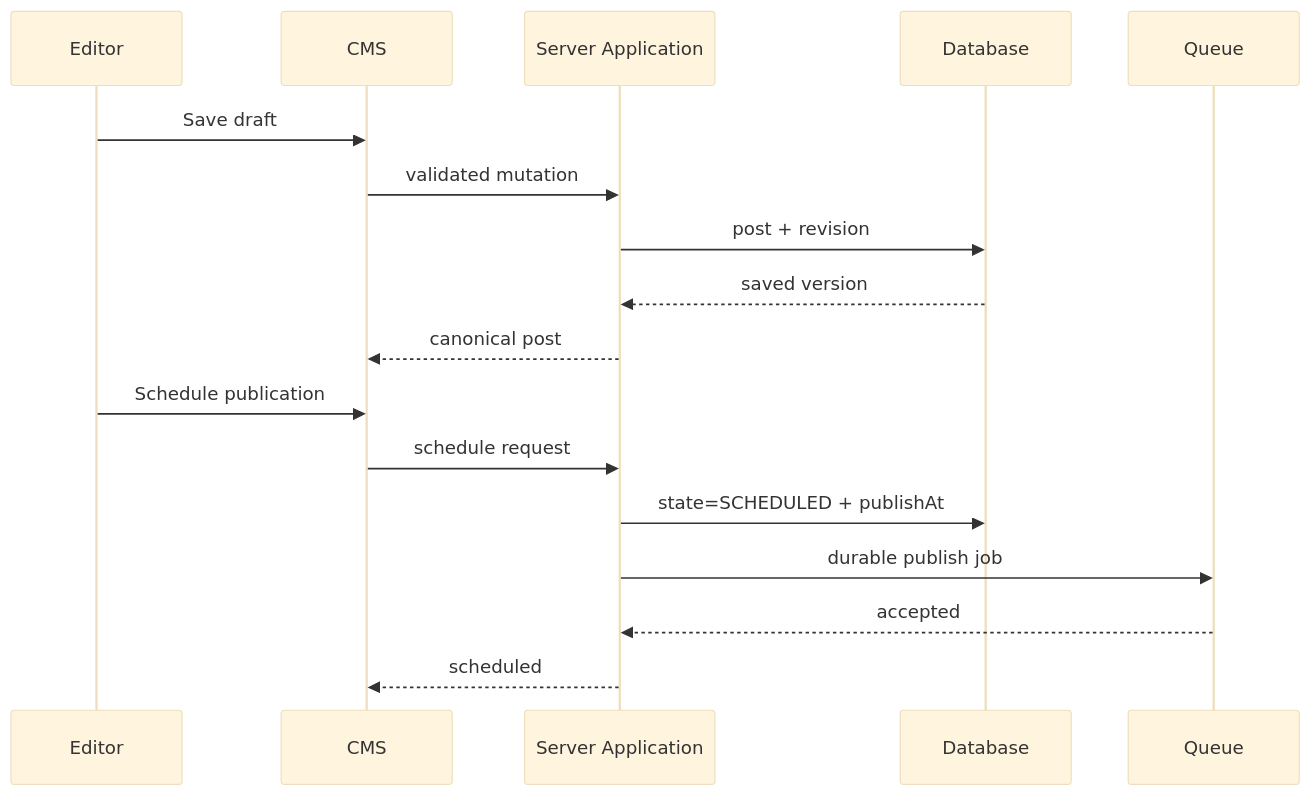
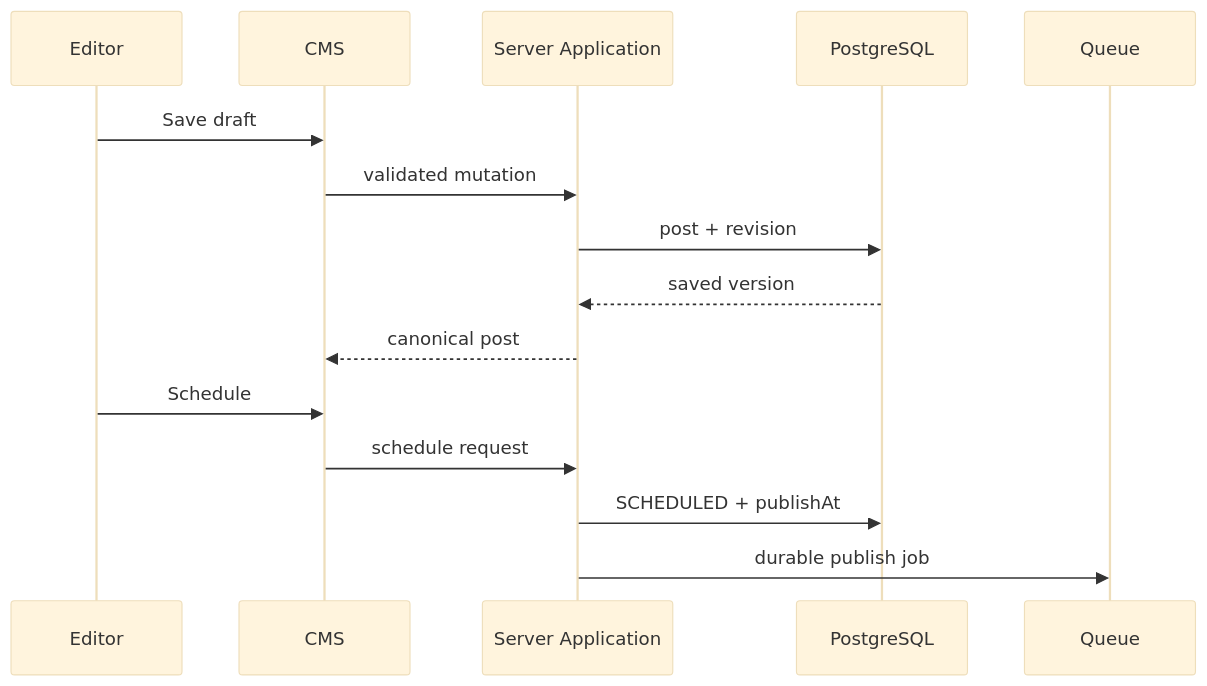
Before and after one commit to YounasKhan2/living-journal: the third of 5 diagrams in docs/ARCHITECTURE.md, drawn with Mermaid (base theme). The commit also changed other lines of this file, not shown here.

````diff
--- a/docs/ARCHITECTURE.md
+++ b/docs/ARCHITECTURE.md
@@ -146,21 +193,17 @@
 ```mermaid
 sequenceDiagram
   participant E as Editor
   participant C as CMS
   participant A as Server Application
-  participant D as Database
+  participant D as PostgreSQL
   participant Q as Queue
-
   E->>C: Save draft
   C->>A: validated mutation
   A->>D: post + revision
   D-->>A: saved version
   A-->>C: canonical post
-
-  E->>C: Schedule publication
+  E->>C: Schedule
   C->>A: schedule request
-  A->>D: state=SCHEDULED + publishAt
+  A->>D: SCHEDULED + publishAt
   A->>Q: durable publish job
-  Q-->>A: accepted
-  A-->>C: scheduled
 ```
````
